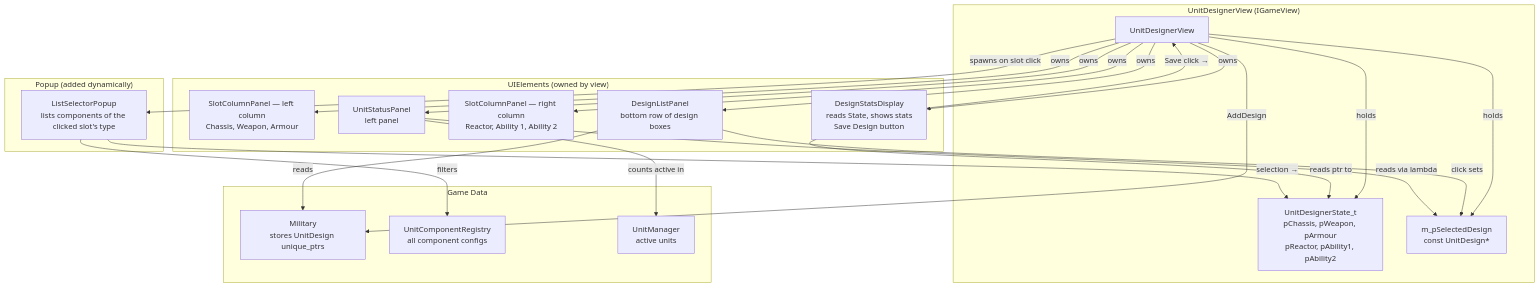
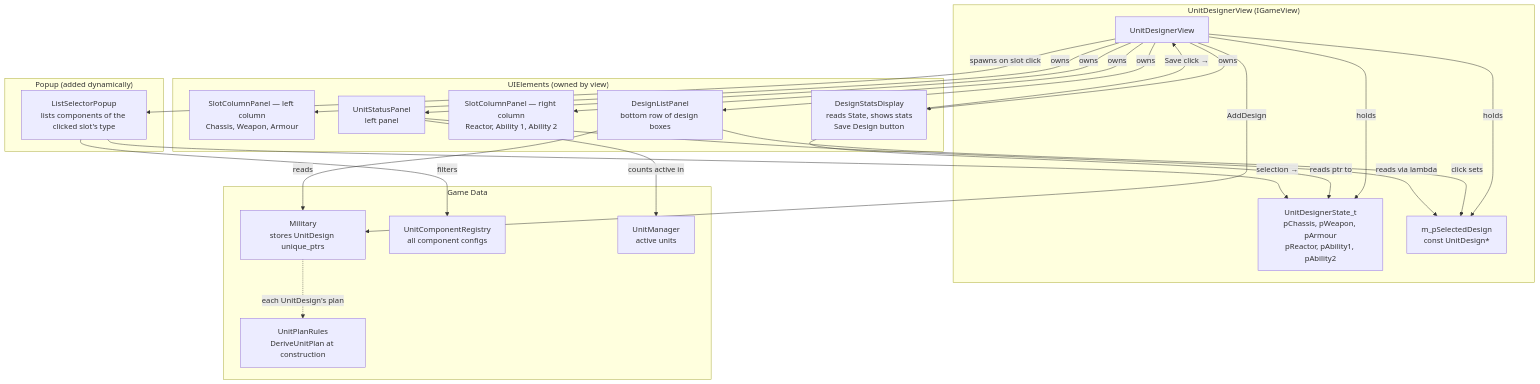
Before and after one commit to kilianloftis/alpha-centauri: the diagram in docs/architecture/unit-designer-system.md, drawn with Mermaid. The commit also changed other lines of this file and 53 other files, not shown here.

````diff
--- a/docs/architecture/unit-designer-system.md
+++ b/docs/architecture/unit-designer-system.md
@@ -28,44 +28,46 @@
 ```mermaid
 graph TB
     subgraph "UnitDesignerView (IGameView)"
         UDV[UnitDesignerView]
         State[UnitDesignerState_t<br/>pChassis, pWeapon, pArmour<br/>pReactor, pAbility1, pAbility2]
         SelectedDesign[m_pSelectedDesign<br/>const UnitDesign*]
     end
 
     subgraph "UIElements (owned by view)"
         SCPL[SlotColumnPanel — left column<br/>Chassis, Weapon, Armour]
         DStats[DesignStatsDisplay<br/>reads State, shows stats<br/>Save Design button]
         SCPR[SlotColumnPanel — right column<br/>Reactor, Ability 1, Ability 2]
         DList[DesignListPanel<br/>bottom row of design boxes]
         USP[UnitStatusPanel<br/>left panel]
     end
 
     subgraph "Popup (added dynamically)"
         CSP[ListSelectorPopup<br/>lists components of the clicked slot's type]
     end
 
     subgraph "Game Data"
         Military[Military<br/>stores UnitDesign unique_ptrs]
+        PlanRules[UnitPlanRules<br/>DeriveUnitPlan at construction]
         Registry[UnitComponentRegistry<br/>all component configs]
         UnitMgr[UnitManager<br/>active units]
     end
 
     UDV -->|holds| State
     UDV -->|holds| SelectedDesign
     UDV -->|owns| SCPL
     UDV -->|owns| DStats
     UDV -->|owns| SCPR
     UDV -->|owns| DList
     UDV -->|owns| USP
     UDV -->|spawns on slot click| CSP
     DStats -->|reads ptr to| State
     DStats -->|Save click →| UDV
     UDV -->|AddDesign| Military
+    Military -.->|each UnitDesign's plan| PlanRules
     DList -->|reads| Military
     DList -->|click sets| SelectedDesign
     USP -->|reads via lambda| SelectedDesign
     USP -->|counts active in| UnitMgr
     CSP -->|filters| Registry
     CSP -->|selection →| State
 ```
````
